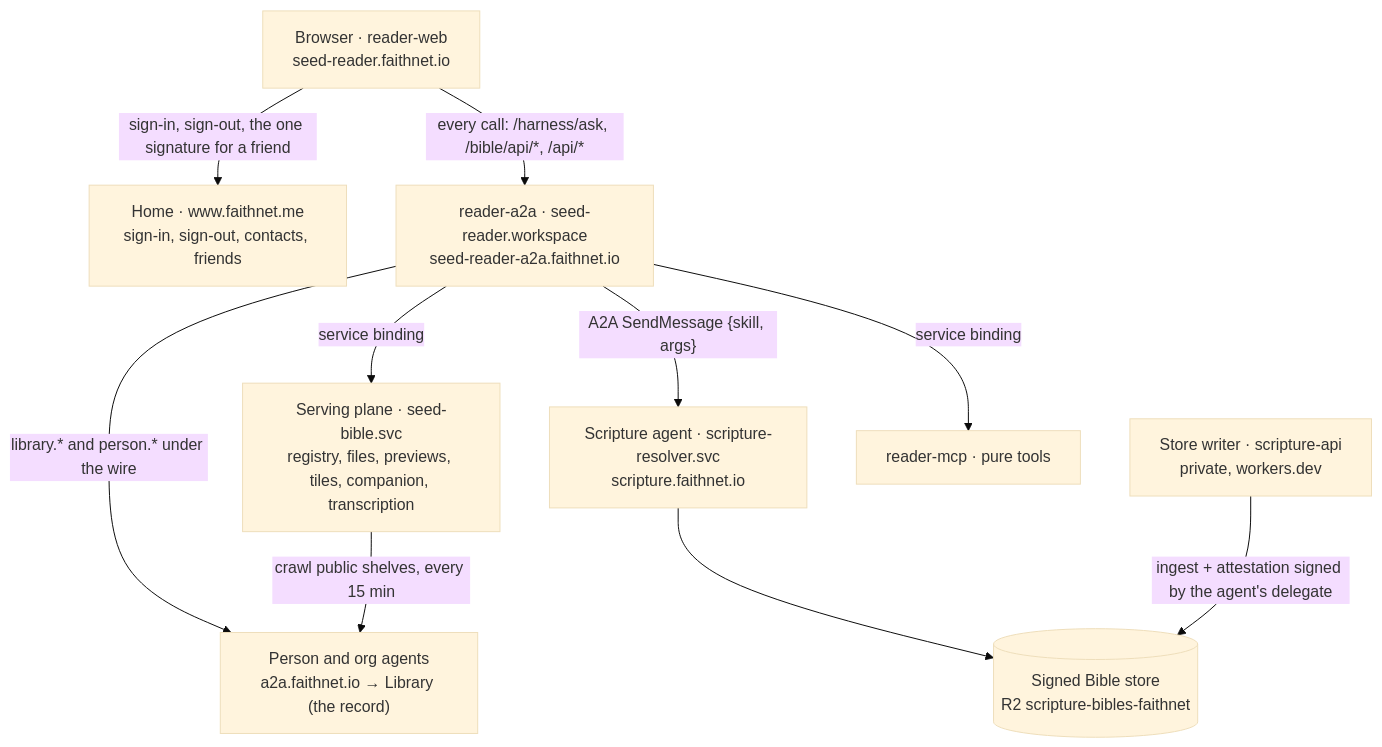
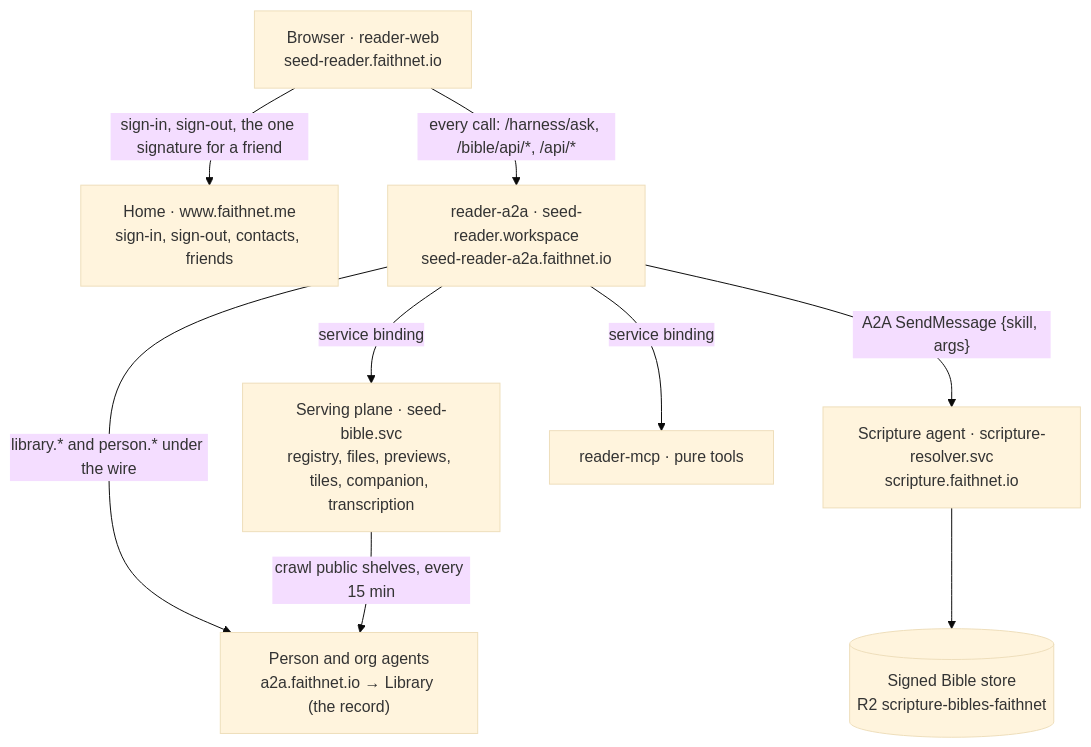
The diagram in packages/seed-bible-ap/docs/architecture/new-architecture-a2a-mcp.md (HelloAOLab/seed-bible-global-church), drawn with Mermaid (base theme) before and after one commit. The commit also changed other lines of this file, not shown here.

Commit message:
[core-reader] architecture doc: the scripture store writer is retired — all Scripture is read in through the scripture A2A agent [skip ci]

````diff
--- a/packages/seed-bible-ap/docs/architecture/new-architecture-a2a-mcp.md
+++ b/packages/seed-bible-ap/docs/architecture/new-architecture-a2a-mcp.md
@@ -42,21 +42,19 @@
 ```mermaid
 flowchart TB
   B["Browser · reader-web<br/>seed-reader.faithnet.io"]
   H["Home · www.faithnet.me<br/>sign-in, sign-out, contacts, friends"]
   A["reader-a2a · seed-reader.workspace<br/>seed-reader-a2a.faithnet.io"]
   P["Person and org agents<br/>a2a.faithnet.io → Library (the record)"]
   S["Scripture agent · scripture-resolver.svc<br/>scripture.faithnet.io"]
   R2[("Signed Bible store<br/>R2 scripture-bibles-faithnet")]
-  W["Store writer · scripture-api<br/>private, workers.dev"]
   V["Serving plane · seed-bible.svc<br/>registry, files, previews, tiles, companion, transcription"]
   M["reader-mcp · pure tools"]
   B -- "sign-in, sign-out, the one signature for a friend" --> H
   B -- "every call: /harness/ask, /bible/api/*, /api/*" --> A
   A -- "library.* and person.* under the wire" --> P
   A -- "A2A SendMessage {skill, args}" --> S
   S --> R2
-  W -- "ingest + attestation signed by the agent's delegate" --> R2
   A -- "service binding" --> V
   A -- "service binding" --> M
   V -- "crawl public shelves, every 15 min" --> P
 ```
````
